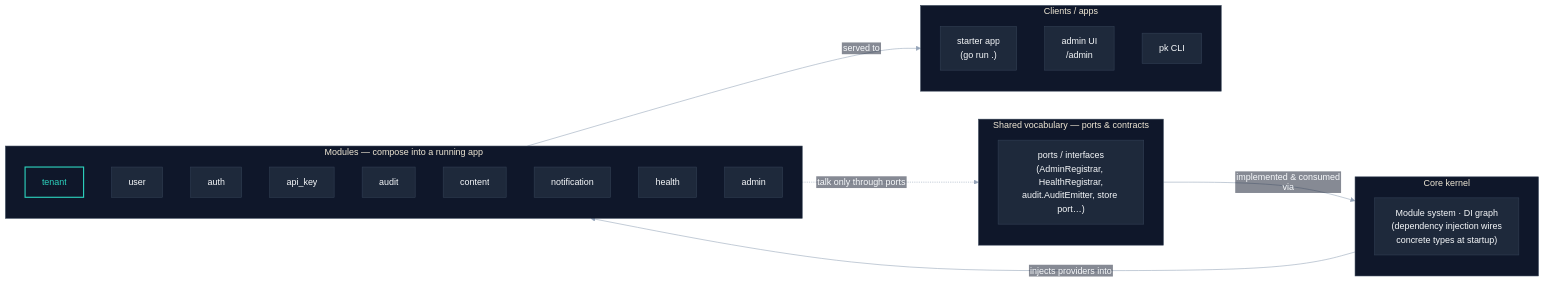
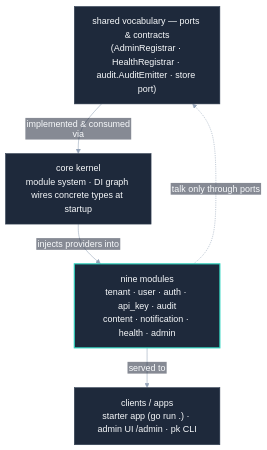
The diagram in launch/images/architecture.mmd (septagon-dev/platformkit), drawn with Mermaid before and after one commit. The commit also changed 1 other file, not shown here.

Commit message:
feat(platformkit): compact architecture diagram (readable at README width, theme-adaptive fence variant)

```diff
--- a/launch/images/architecture.mmd
+++ b/launch/images/architecture.mmd
@@ -1,46 +1,23 @@
 %%{init: {'theme':'base','flowchart':{'htmlLabels':false},'themeVariables':{
   'fontFamily':'ui-monospace, SFMono-Regular, Menlo, monospace',
   'primaryColor':'#1E293B','primaryTextColor':'#F8FAFC',
   'primaryBorderColor':'#334155','lineColor':'#94A3B8',
-  'clusterBkg':'#0F172A','clusterBorder':'#334155',
   'edgeLabelBackground':'#0F172A','tertiaryColor':'#0F172A'
 }}}%%
-flowchart LR
-  subgraph SHARED["Shared vocabulary — ports &amp; contracts"]
-    P["ports / interfaces
-(AdminRegistrar, HealthRegistrar,
-audit.AuditEmitter, store port…)"]
-  end
+flowchart TB
+  shared["shared vocabulary — ports &amp; contracts
+(AdminRegistrar &middot; HealthRegistrar &middot; audit.AuditEmitter &middot; store port)"]
+  core["core kernel
+module system &middot; DI graph wires concrete types at startup"]
+  modules["nine modules
+tenant &middot; user &middot; auth &middot; api_key &middot; audit
+content &middot; notification &middot; health &middot; admin"]:::accent
+  clients["clients / apps
+starter app (go run .) &middot; admin UI /admin &middot; pk CLI"]
 
-  subgraph CORE["Core kernel"]
-    K["Module system &middot; DI graph
-(dependency injection wires
-concrete types at startup)"]
-  end
+  shared -- "implemented &amp; consumed via" --> core
+  core -- "injects providers into" --> modules
+  modules -. "talk only through ports" .-> shared
+  modules -- "served to" --> clients
 
-  subgraph MODULES["Modules — compose into a running app"]
-    M1["tenant"]:::accent
-    M2["user"]
-    M3["auth"]
-    M4["api_key"]
-    M5["audit"]
-    M6["content"]
-    M7["notification"]
-    M8["health"]
-    M9["admin"]
-  end
-
-  subgraph CLIENTS["Clients / apps"]
-    C1["starter app
-(go run .)"]
-    C2["admin UI
-/admin"]
-    C3["pk CLI"]
-  end
-
-  SHARED -- "implemented &amp; consumed via" --> CORE
-  CORE -- "injects providers into" --> MODULES
-  MODULES -. "talk only through ports" .-> SHARED
-  MODULES -- "served to" --> CLIENTS
-
-  classDef accent fill:#0F172A,stroke:#2DD4BF,stroke-width:2px,color:#2DD4BF;
+  classDef accent stroke:#2DD4BF,stroke-width:2px;
```
